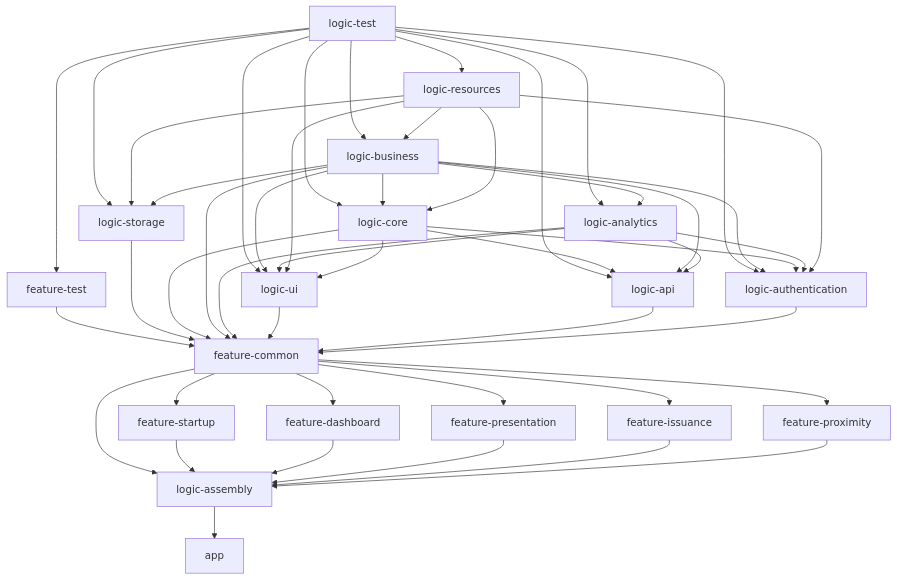
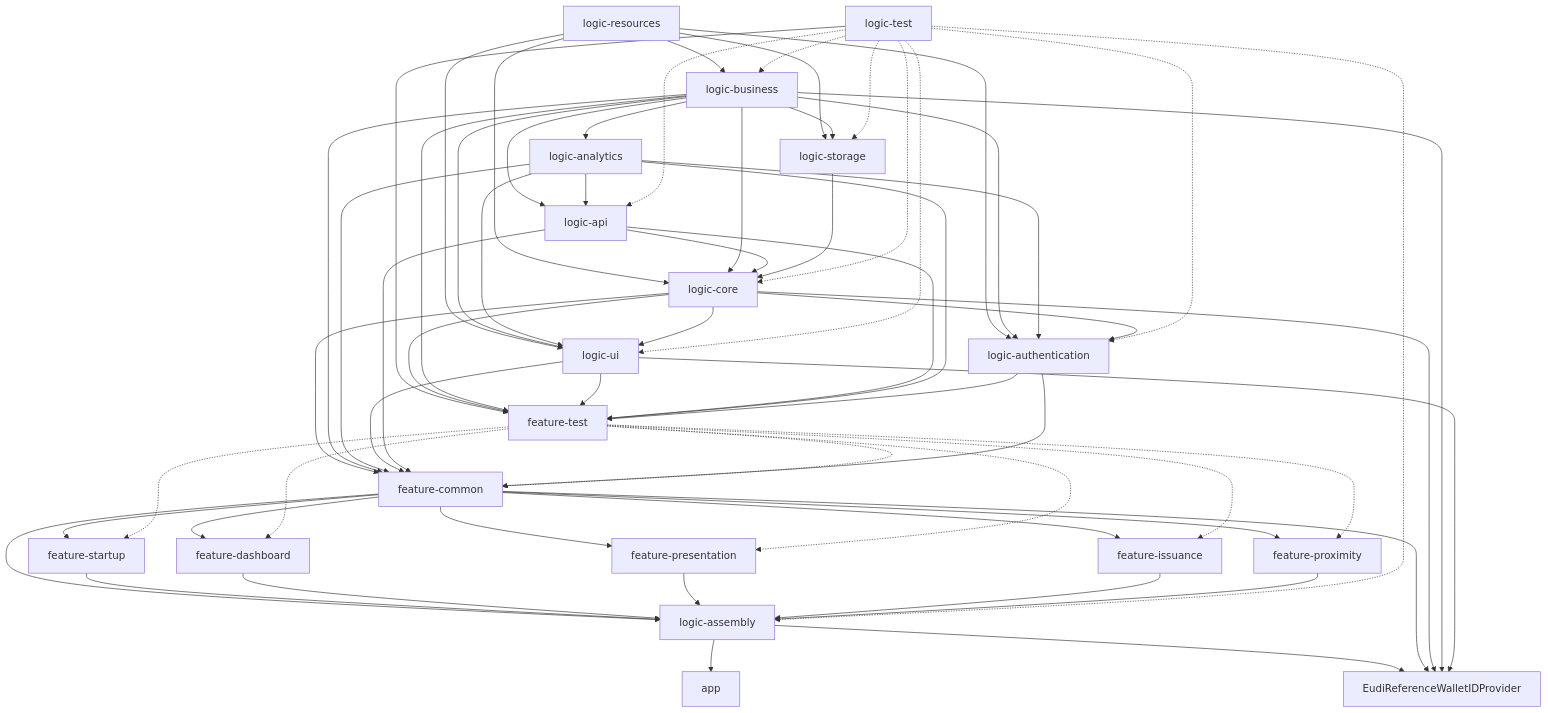
The diagram in README.md (hopae-official/hopae-eudi-ref-wallet), drawn with Mermaid before and after one commit. The commit also changed other lines of this file and 386 other files, not shown here.

````diff
--- a/README.md
+++ b/README.md
@@ -187,66 +266,78 @@
 ```mermaid
 graph TD;
 
-  logic-test --> logic-business
-  logic-test --> logic-core
-  logic-test --> logic-analytics
-  logic-test --> logic-resources
-  logic-test --> logic-storage
-  logic-test --> logic-ui
-  logic-test --> logic-api
-  logic-test --> logic-authentication
+  logic-resources --> logic-business
+  logic-resources --> logic-storage
+  logic-resources --> logic-core
+  logic-resources --> logic-ui
+  logic-resources --> logic-authentication
 
-  logic-test --> feature-test
-  
-  feature-test --> feature-common
+  logic-business --> logic-analytics
+  logic-business --> logic-api
+  logic-business --> logic-storage
+  logic-business --> logic-core
+  logic-business --> logic-ui
+  logic-business --> logic-authentication
 
-  logic-business --> logic-authentication
+  logic-analytics --> logic-api
+  logic-analytics --> logic-ui
+  logic-analytics --> logic-authentication
+
+  logic-api --> logic-core
+  logic-storage --> logic-core
+
+  logic-core --> logic-ui
   logic-core --> logic-authentication
-  logic-analytics --> logic-authentication
-  logic-resources --> logic-authentication
+
+  logic-core --> feature-common
+  logic-business --> feature-common
+  logic-analytics --> feature-common
+  logic-ui --> feature-common
+  logic-api --> feature-common
+  logic-authentication --> feature-common
+
+  feature-common --> feature-startup
+  feature-common --> feature-dashboard
+  feature-common --> feature-presentation
+  feature-common --> feature-issuance
+  feature-common --> feature-proximity
 
   feature-common --> logic-assembly
   feature-startup --> logic-assembly
   feature-dashboard --> logic-assembly
   feature-presentation --> logic-assembly
   feature-issuance --> logic-assembly
   feature-proximity --> logic-assembly
 
-  logic-business --> logic-core
-  logic-resources --> logic-core
-  logic-resources --> logic-storage
-
-  logic-business --> logic-analytics
-
-  feature-common --> feature-issuance
-  feature-common --> feature-proximity
-  feature-common --> feature-presentation
-  feature-common --> feature-dashboard
-
-  logic-storage --> feature-common
-  logic-core --> feature-common
-  logic-business --> feature-common
-  logic-analytics --> feature-common
-  logic-ui --> feature-common
-  logic-api --> feature-common
-  logic-authentication --> feature-common
-
-  feature-common --> feature-startup
-
-  logic-business --> logic-storage
-
-  logic-core --> logic-api
-  logic-business --> logic-api
-  logic-analytics --> logic-api
-
-  logic-resources --> logic-business
-
-  logic-business --> logic-ui
-  logic-analytics --> logic-ui
-  logic-resources --> logic-ui
-
-  logic-core --> logic-ui
-
   logic-assembly --> app
 
+  logic-assembly --> EudiReferenceWalletIDProvider
+  feature-common --> EudiReferenceWalletIDProvider
+  logic-core --> EudiReferenceWalletIDProvider
+  logic-business --> EudiReferenceWalletIDProvider
+  logic-ui --> EudiReferenceWalletIDProvider
+
+  logic-test --> feature-test
+  logic-core --> feature-test
+  logic-business --> feature-test
+  logic-ui --> feature-test
+  logic-api --> feature-test
+  logic-analytics --> feature-test
+  logic-authentication --> feature-test
+
+  logic-test -.-> logic-business
+  logic-test -.-> logic-api
+  logic-test -.-> logic-core
+  logic-test -.-> logic-ui
+  logic-test -.-> logic-authentication
+  logic-test -.-> logic-storage
+
+  feature-test -.-> feature-common
+  feature-test -.-> feature-startup
+  feature-test -.-> feature-dashboard
+  feature-test -.-> feature-presentation
+  feature-test -.-> feature-issuance
+  feature-test -.-> feature-proximity
+  logic-test -.-> logic-assembly
+
 ```
````
